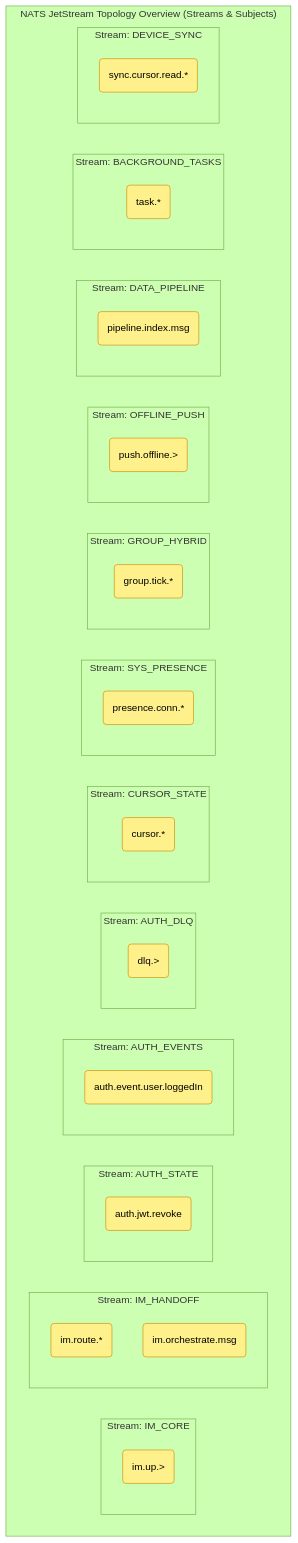
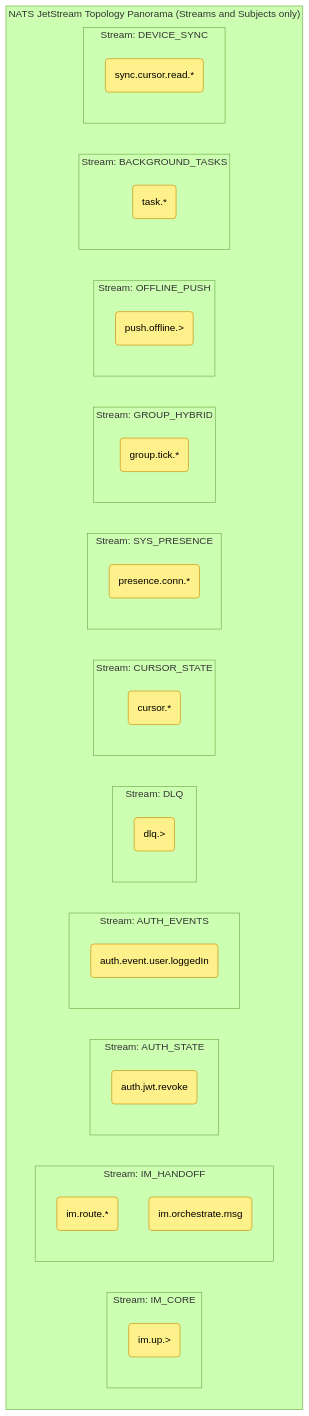
Before and after one commit to JamesWilson19970101/ocean.chat.docs: the first of 12 diagrams in docs/devdocs/jetstream-strategy.md, drawn with Mermaid (forest theme). The commit also changed other lines of this file and 5 other files, not shown here.

First line of the commit message:
docs(architecture): update JetStream strategy, microservices and ADRs

````diff
--- a/docs/devdocs/jetstream-strategy.md
+++ b/docs/devdocs/jetstream-strategy.md
@@ -34,45 +25,42 @@
 ```mermaid
 flowchart TB
     classDef stream fill:#dcfce7,stroke:#16a34a,stroke-width:2px,color:#000;
     classDef subject fill:#fef08a,stroke:#ca8a04,stroke-width:1px,color:#000;
 
-    subgraph JetStream ["NATS JetStream Topology Overview (Streams & Subjects)"]
+    subgraph JetStream ["NATS JetStream Topology Panorama (Streams and Subjects only)"]
         subgraph S_CORE ["Stream: IM_CORE"]
             UP("im.up.>"):::subject
         end
         subgraph S_HANDOFF ["Stream: IM_HANDOFF"]
             ROUTE("im.route.*"):::subject
             ORCH("im.orchestrate.msg"):::subject
         end
         subgraph S_AUTH ["Stream: AUTH_STATE"]
             REVOKE("auth.jwt.revoke"):::subject
         end
         subgraph S_AUTH_EVENTS ["Stream: AUTH_EVENTS"]
             LOGGEDIN("auth.event.user.loggedIn"):::subject
         end
-        subgraph S_AUTH_DLQ ["Stream: AUTH_DLQ"]
+        subgraph S_DLQ ["Stream: DLQ"]
             DLQ("dlq.>"):::subject
         end
         subgraph S_CURSOR ["Stream: CURSOR_STATE"]
             CURSOR("cursor.*"):::subject
         end
         subgraph S_SYS ["Stream: SYS_PRESENCE"]
             CONN("presence.conn.*"):::subject
         end
         subgraph S_HYBRID ["Stream: GROUP_HYBRID"]
             TICK("group.tick.*"):::subject
         end
         subgraph S_PUSH ["Stream: OFFLINE_PUSH"]
             PUSH("push.offline.>"):::subject
         end
-        subgraph S_PIPE ["Stream: DATA_PIPELINE"]
-            INDEX("pipeline.index.msg"):::subject
-        end
         subgraph S_TASK ["Stream: BACKGROUND_TASKS"]
             TASK("task.*"):::subject
         end
         subgraph S_SYNC ["Stream: DEVICE_SYNC"]
             SYNC("sync.cursor.read.*"):::subject
         end
     end
 ```
````
